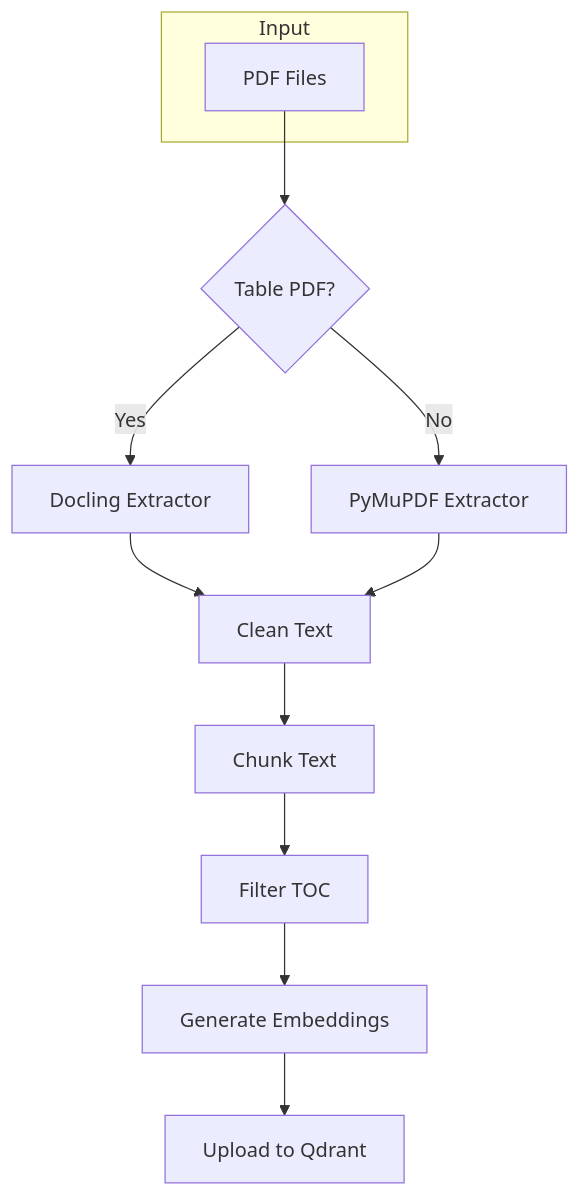
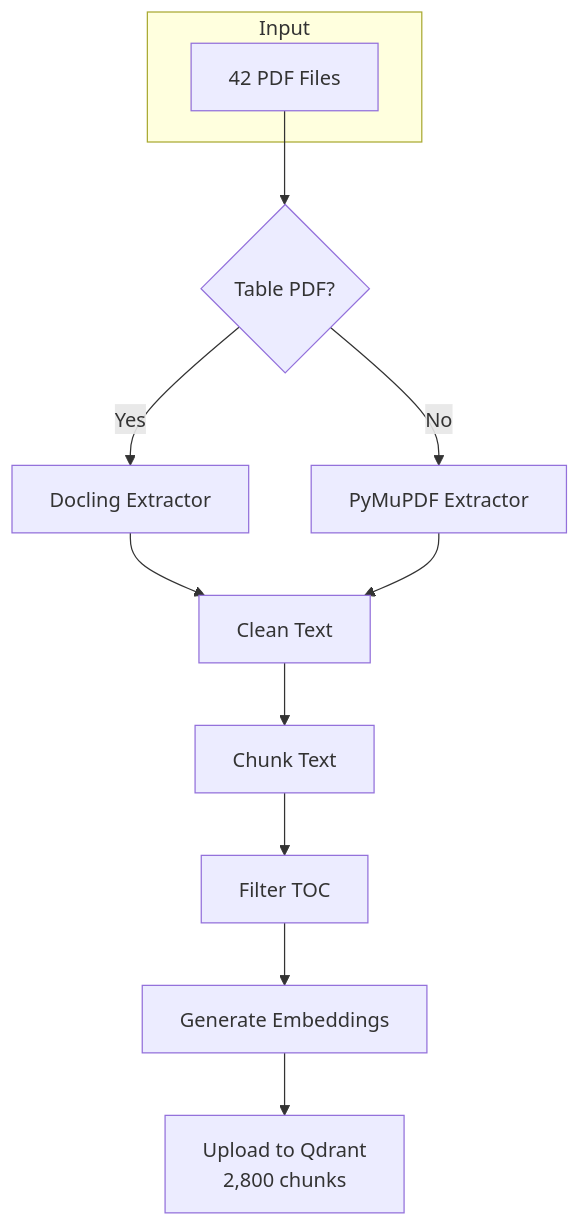
The diagram in SPECS/diagrams/loading-pipeline.md (techybolek/child), drawn with Mermaid before and after one commit. The commit also changed 4 other files, not shown here.

Commit message:
chore: add pipeline diagrams and update CLAUDE.md

````diff
--- a/SPECS/diagrams/loading-pipeline.md
+++ b/SPECS/diagrams/loading-pipeline.md
@@ -3,18 +3,18 @@
 ```mermaid
 flowchart TB
     subgraph Input
-        PDF[PDF Files]
+        PDF[42 PDF Files]
     end
 
     PDF --> SELECT{Table PDF?}
     SELECT -->|Yes| DOCLING[Docling Extractor]
     SELECT -->|No| PYMUPDF[PyMuPDF Extractor]
 
     DOCLING --> CLEAN[Clean Text]
     PYMUPDF --> CLEAN
 
     CLEAN --> CHUNK[Chunk Text]
     CHUNK --> FILTER[Filter TOC]
     FILTER --> EMBED[Generate Embeddings]
-    EMBED --> STORE[Upload to Qdrant]
+    EMBED --> STORE[Upload to Qdrant<br/>2,800 chunks]
 ```
````
